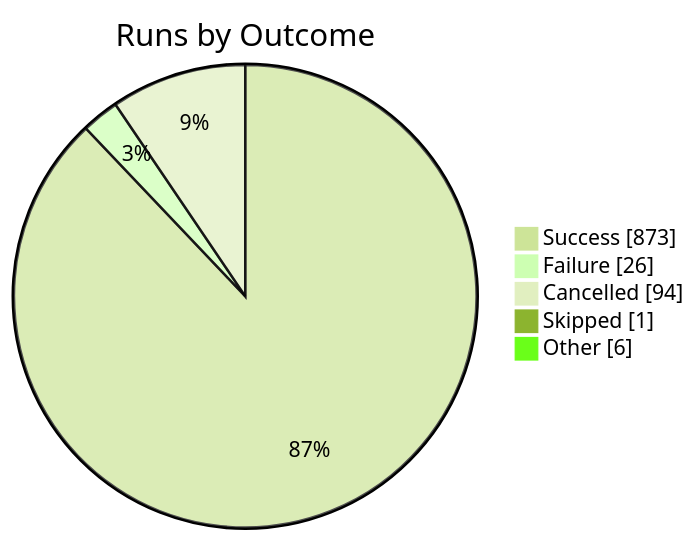
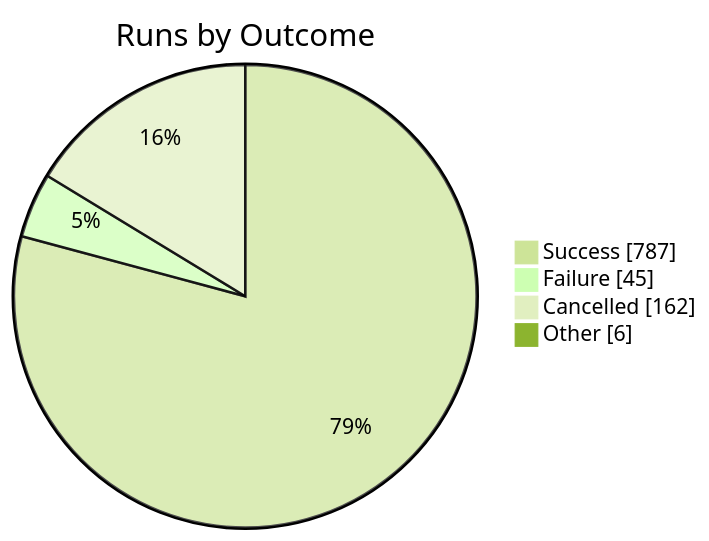
The first of 2 diagrams in apps/kbve/astro-kbve/src/content/docs/dashboard/ci-health.mdx (KBVE/kbve), drawn with Mermaid (forest theme) before and after one commit. The commit also changed other lines of this file and 1 other file, not shown here.

````diff
--- a/apps/kbve/astro-kbve/src/content/docs/dashboard/ci-health.mdx
+++ b/apps/kbve/astro-kbve/src/content/docs/dashboard/ci-health.mdx
@@ -189,9 +189,8 @@
 ```mermaid
 pie showData
     title Runs by Outcome
-    "Success" : 873
-    "Failure" : 26
-    "Cancelled" : 94
-    "Skipped" : 1
+    "Success" : 787
+    "Failure" : 45
+    "Cancelled" : 162
     "Other" : 6
 ```
````
